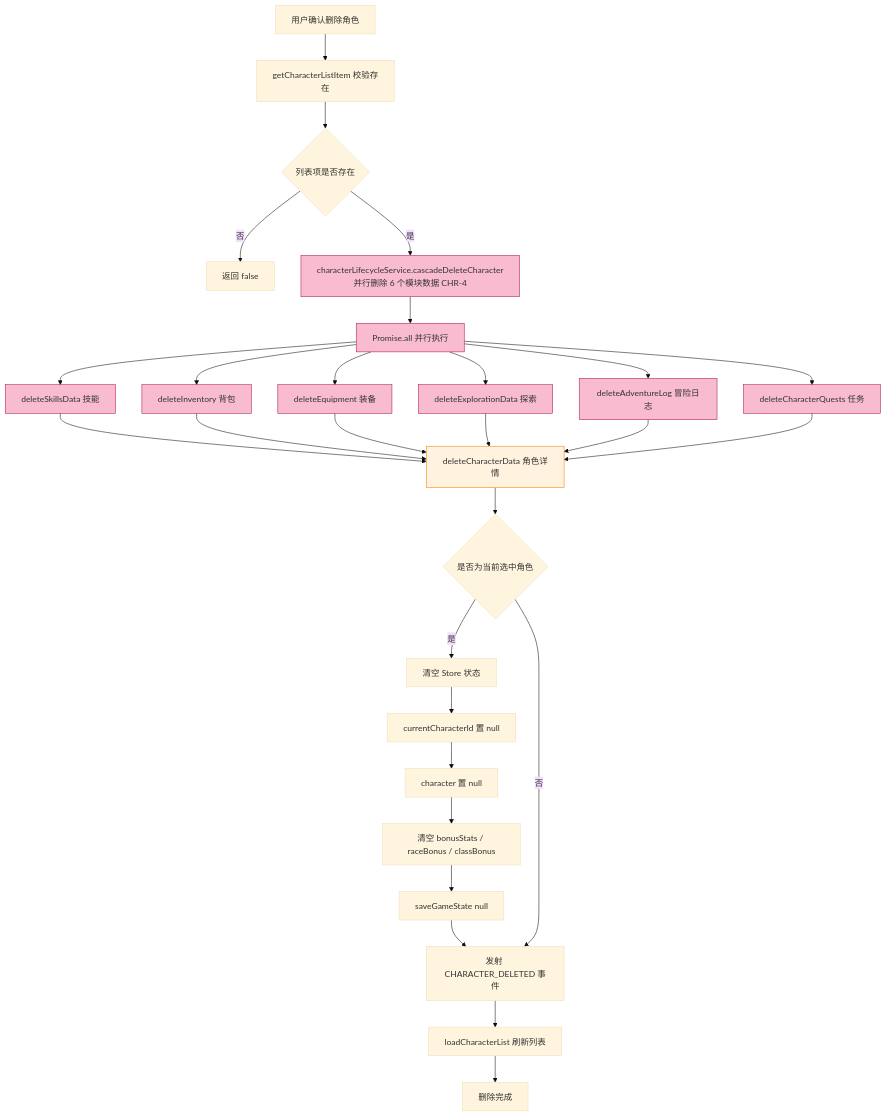
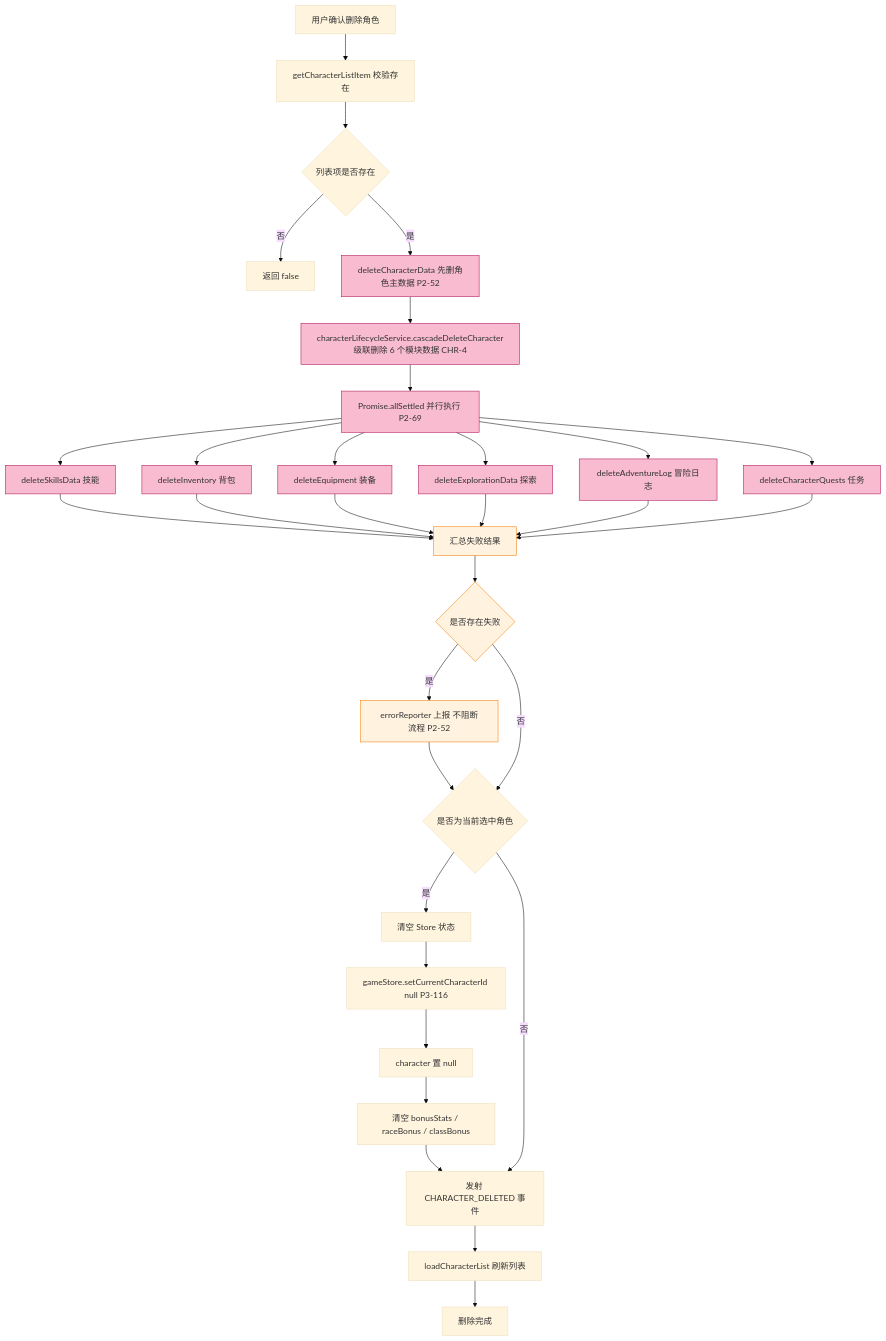
Before and after one commit to SonDemigods/wow_dnd: the seventh of 18 diagrams in doc/project/BUSINESS_PROCESSES.md, drawn with Mermaid (base theme). The commit also changed other lines of this file and 55 other files, not shown here.

````diff
--- a/doc/project/BUSINESS_PROCESSES.md
+++ b/doc/project/BUSINESS_PROCESSES.md
@@ -119,35 +310,38 @@
 ```mermaid
 flowchart TD
     A[用户确认删除角色] --> B[getCharacterListItem 校验存在]
     B --> C{列表项是否存在}
     C -- 否 --> D[返回 false]
-    C -- 是 --> E[characterLifecycleService.cascadeDeleteCharacter<br/>并行删除 6 个模块数据 CHR-4]
-    E --> E1[Promise.all 并行执行]
+    C -- 是 --> E[deleteCharacterData 先删角色主数据 P2-52]
+    E --> E0[characterLifecycleService.cascadeDeleteCharacter<br/>级联删除 6 个模块数据 CHR-4]
+    E0 --> E1[Promise.allSettled 并行执行 P2-69]
     E1 --> E1a[deleteSkillsData 技能]
     E1 --> E1b[deleteInventory 背包]
     E1 --> E1c[deleteEquipment 装备]
     E1 --> E1d[deleteExplorationData 探索]
     E1 --> E1e[deleteAdventureLog 冒险日志]
     E1 --> E1f[deleteCharacterQuests 任务]
-    E1a --> F[deleteCharacterData 角色详情]
-    E1b --> F
-    E1c --> F
-    E1d --> F
-    E1e --> F
-    E1f --> F
-    F --> G{是否为当前选中角色}
-    G -- 是 --> H[清空 Store 状态]
-    H --> H1[currentCharacterId 置 null]
-    H1 --> H2[character 置 null]
-    H2 --> H3[清空 bonusStats / raceBonus / classBonus]
-    H3 --> H4[saveGameState null]
-    H4 --> I[发射 CHARACTER_DELETED 事件]
-    G -- 否 --> I
-    I --> J[loadCharacterList 刷新列表]
-    J --> K[删除完成]
+    E1a --> E2[汇总失败结果]
+    E1b --> E2
+    E1c --> E2
+    E1d --> E2
+    E1e --> E2
+    E1f --> E2
+    E2 --> E3{是否存在失败}
+    E3 -- 是 --> E4[errorReporter 上报 不阻断流程 P2-52]
+    E4 --> F
+    E3 -- 否 --> F{是否为当前选中角色}
+    F -- 是 --> G[清空 Store 状态]
+    G --> G1[gameStore.setCurrentCharacterId null P3-116]
+    G1 --> G2[character 置 null]
+    G2 --> G3[清空 bonusStats / raceBonus / classBonus]
+    G3 --> H[发射 CHARACTER_DELETED 事件]
+    F -- 否 --> H
+    H --> I[loadCharacterList 刷新列表]
+    I --> J[删除完成]
 
     classDef cascade fill:#fff3e0,stroke:#f57c00
     classDef svc fill:#f8bbd0,stroke:#ad1457
-    class E,E1,E1a,E1b,E1c,E1d,E1e,E1f svc
-    class F cascade
+    class E,E0,E1,E1a,E1b,E1c,E1d,E1e,E1f svc
+    class E2,E3,E4 cascade
 ```
````
